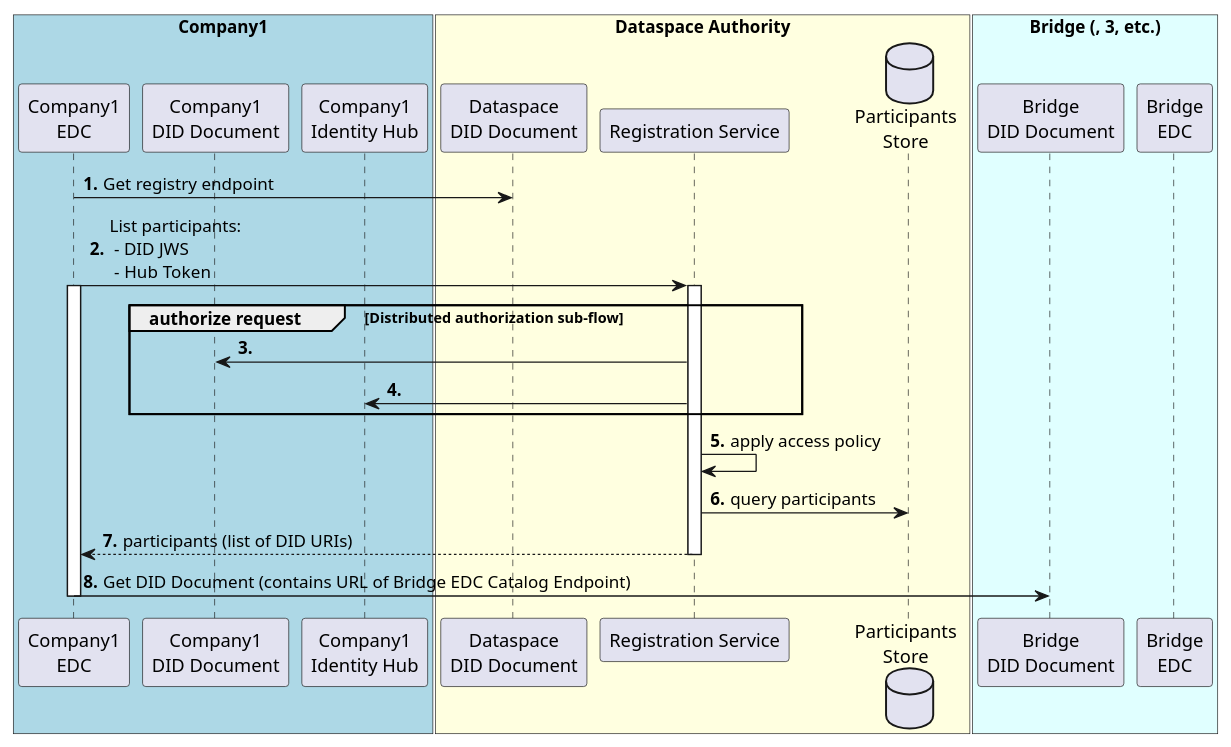
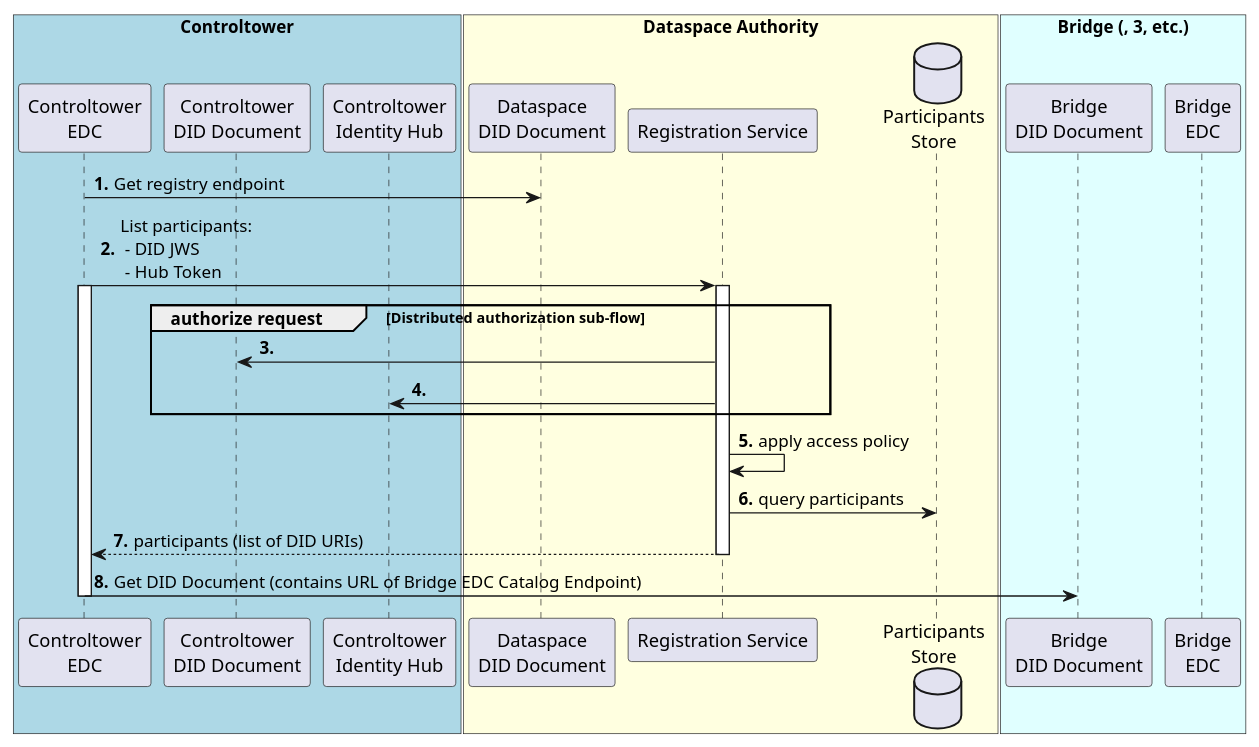
The diagram in docs/developer/decision-records/2022-06-15-registration-service/list-participants.puml (mathewsa12/MinimumViableDataspace), drawn with PlantUML before and after one commit. The commit also changed 32 other files, not shown here.

Commit message:
rename company1 to controltower

```diff
--- a/docs/developer/decision-records/2022-06-15-registration-service/list-participants.puml
+++ b/docs/developer/decision-records/2022-06-15-registration-service/list-participants.puml
@@ -1,31 +1,31 @@
 @startuml
 autonumber "<b>0'.'"
-box "Company1" #LightBlue
-Participant "Company1\nEDC" as Company1
-Participant "Company1\nDID Document" as DID1
-Participant "Company1\nIdentity Hub" as IDHUB1
+box "Controltower" #LightBlue
+Participant "Controltower\nEDC" as Controltower
+Participant "Controltower\nDID Document" as DID1
+Participant "Controltower\nIdentity Hub" as IDHUB1
 end box
 box "Dataspace Authority" #LightYellow
 Participant "Dataspace\nDID Document" as DID0
 Participant "Registration Service" as RAPI
 Database "Participants\nStore" as Registry
 end box
 box "Bridge (, 3, etc.)" #LightCyan
 Participant "Bridge\nDID Document" as DID2
 Participant "Bridge\nEDC" as Bridge
 end box
 
-Company1 -> DID0: Get registry endpoint
-Company1 -> RAPI ++: List participants:\n - DID JWS\n - Hub Token
-activate Company1
+Controltower -> DID0: Get registry endpoint
+Controltower -> RAPI ++: List participants:\n - DID JWS\n - Hub Token
+activate Controltower
 group authorize request [Distributed authorization sub-flow]
   RAPI -> DID1
   RAPI -> IDHUB1
 end
 RAPI -> RAPI: apply access policy
 RAPI -> Registry: query participants
 return participants (list of DID URIs)
-Company1 -> DID2: Get DID Document (contains URL of Bridge EDC Catalog Endpoint)
-deactivate Company1
+Controltower -> DID2: Get DID Document (contains URL of Bridge EDC Catalog Endpoint)
+deactivate Controltower
 
 @enduml
```
